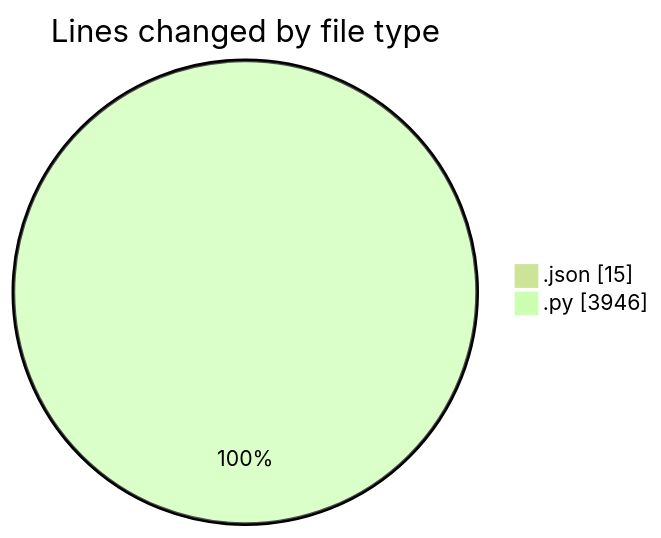
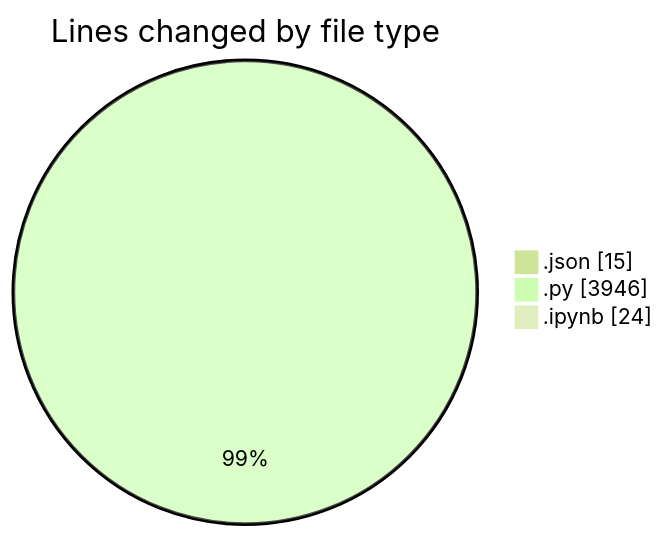
One commit to MatusMokan/code-tracking changed the first of 2 diagrams in 2025-10-04/untitled__workspace_/README.md. Above: the diagram before and after it, drawn with Mermaid (forest theme). The commit also changed other lines of this file and 1 other file, not shown here.

````diff
--- a/2025-10-04/untitled__workspace_/README.md
+++ b/2025-10-04/untitled__workspace_/README.md
@@ -22,6 +23,7 @@
 ```mermaid
 pie showData
 title Lines changed by file type
 ".json" : 15
 ".py" : 3946
+".ipynb" : 24
 ```
````
